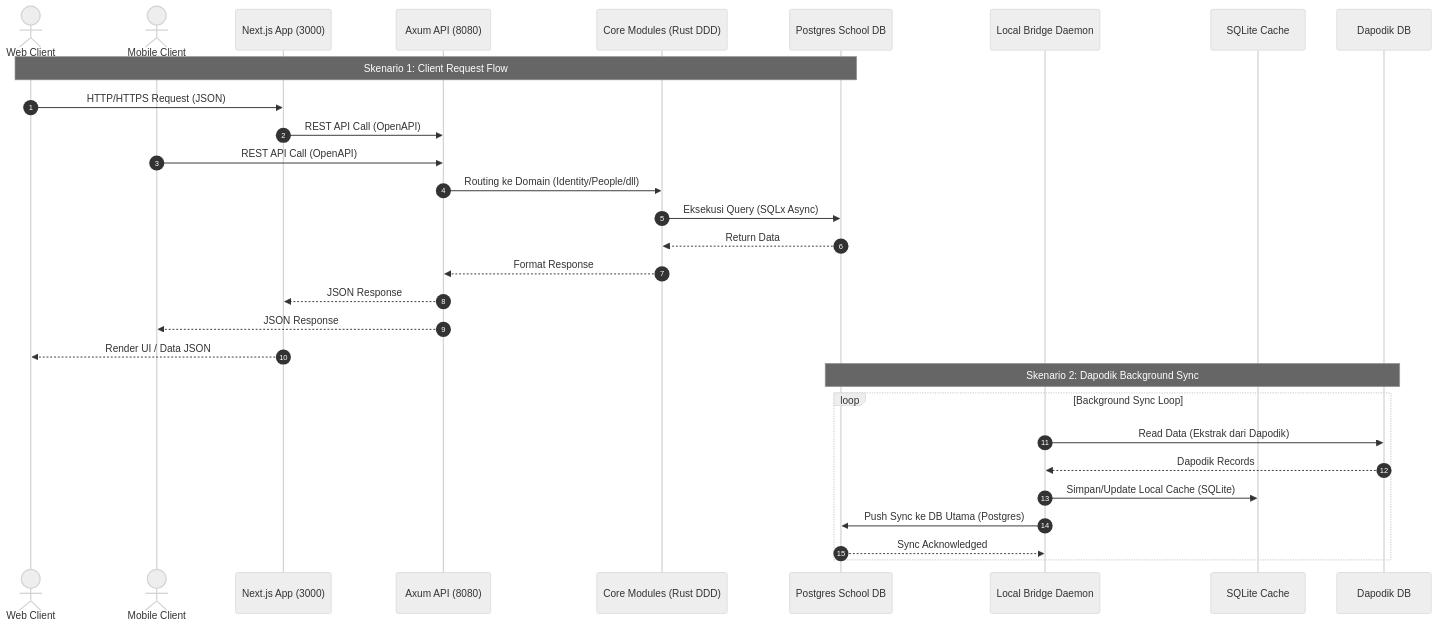
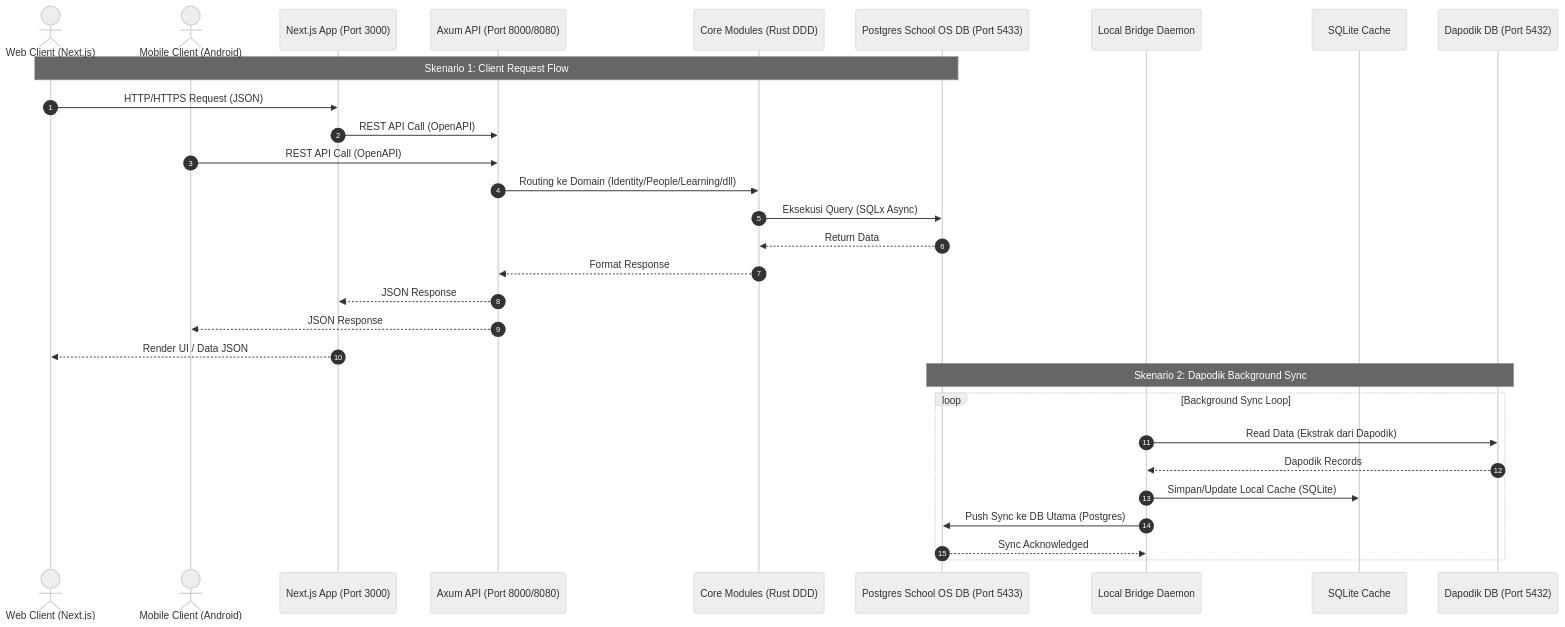
Before and after one commit to nanaasnawi/school_os: the first of 3 diagrams in README.md, drawn with Mermaid (neutral theme). The commit also changed other lines of this file and 4 other files, not shown here.

Commit message:
docs: add system architecture documentation and new ADRs for multi-tenancy, UUID v7, and frontend FSD

````diff
--- a/README.md
+++ b/README.md
@@ -47,36 +56,36 @@
 ```mermaid
 sequenceDiagram
     autonumber
-    actor Web as Web Client
-    actor Mob as Mobile Client
-    participant Next as Next.js App (3000)
-    participant API as Axum API (8080)
+    actor Web as Web Client (Next.js)
+    actor Mob as Mobile Client (Android)
+    participant Next as Next.js App (Port 3000)
+    participant API as Axum API (Port 8000/8080)
     participant Core as Core Modules (Rust DDD)
-    participant DB as Postgres School DB
+    participant DB as Postgres School OS DB (Port 5433)
     participant Bridge as Local Bridge Daemon
     participant Cache as SQLite Cache
-    participant Dapodik as Dapodik DB
+    participant Dapodik as Dapodik DB (Port 5432)
 
     Note over Web, DB: Skenario 1: Client Request Flow
     Web->>Next: HTTP/HTTPS Request (JSON)
     Next->>API: REST API Call (OpenAPI)
     Mob->>API: REST API Call (OpenAPI)
     
-    API->>Core: Routing ke Domain (Identity/People/dll)
+    API->>Core: Routing ke Domain (Identity/People/Learning/dll)
     Core->>DB: Eksekusi Query (SQLx Async)
     DB-->>Core: Return Data
     Core-->>API: Format Response
     
     API-->>Next: JSON Response
     API-->>Mob: JSON Response
     Next-->>Web: Render UI / Data JSON
 
     Note over DB, Dapodik: Skenario 2: Dapodik Background Sync
     loop Background Sync Loop
         Bridge->>Dapodik: Read Data (Ekstrak dari Dapodik)
         Dapodik-->>Bridge: Dapodik Records
         Bridge->>Cache: Simpan/Update Local Cache (SQLite)
         Bridge->>DB: Push Sync ke DB Utama (Postgres)
         DB-->>Bridge: Sync Acknowledged
     end
 ```
````
